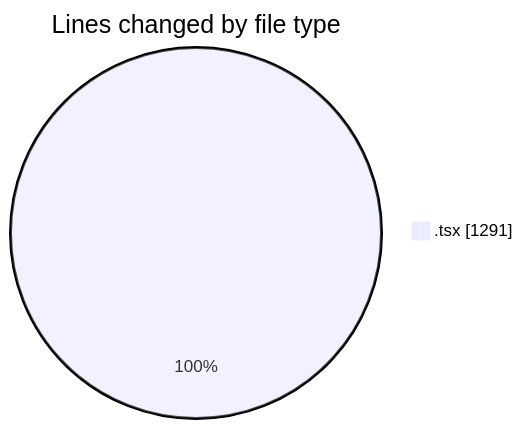
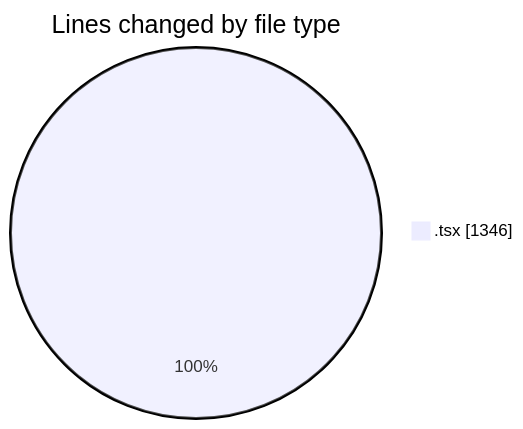
One commit to julien-gomy/code-tracking changed the first of 2 diagrams in 2025-10-10/eventscop-frontend-guide__workspace_/README.md. Above: the diagram before and after it, drawn with Mermaid. The commit also changed other lines of this file and 1 other file, not shown here.

````diff
--- a/2025-10-10/eventscop-frontend-guide__workspace_/README.md
+++ b/2025-10-10/eventscop-frontend-guide__workspace_/README.md
@@ -23,5 +24,5 @@
 ```mermaid
 pie showData
 title Lines changed by file type
-".tsx" : 1291
+".tsx" : 1346
 ```
````
